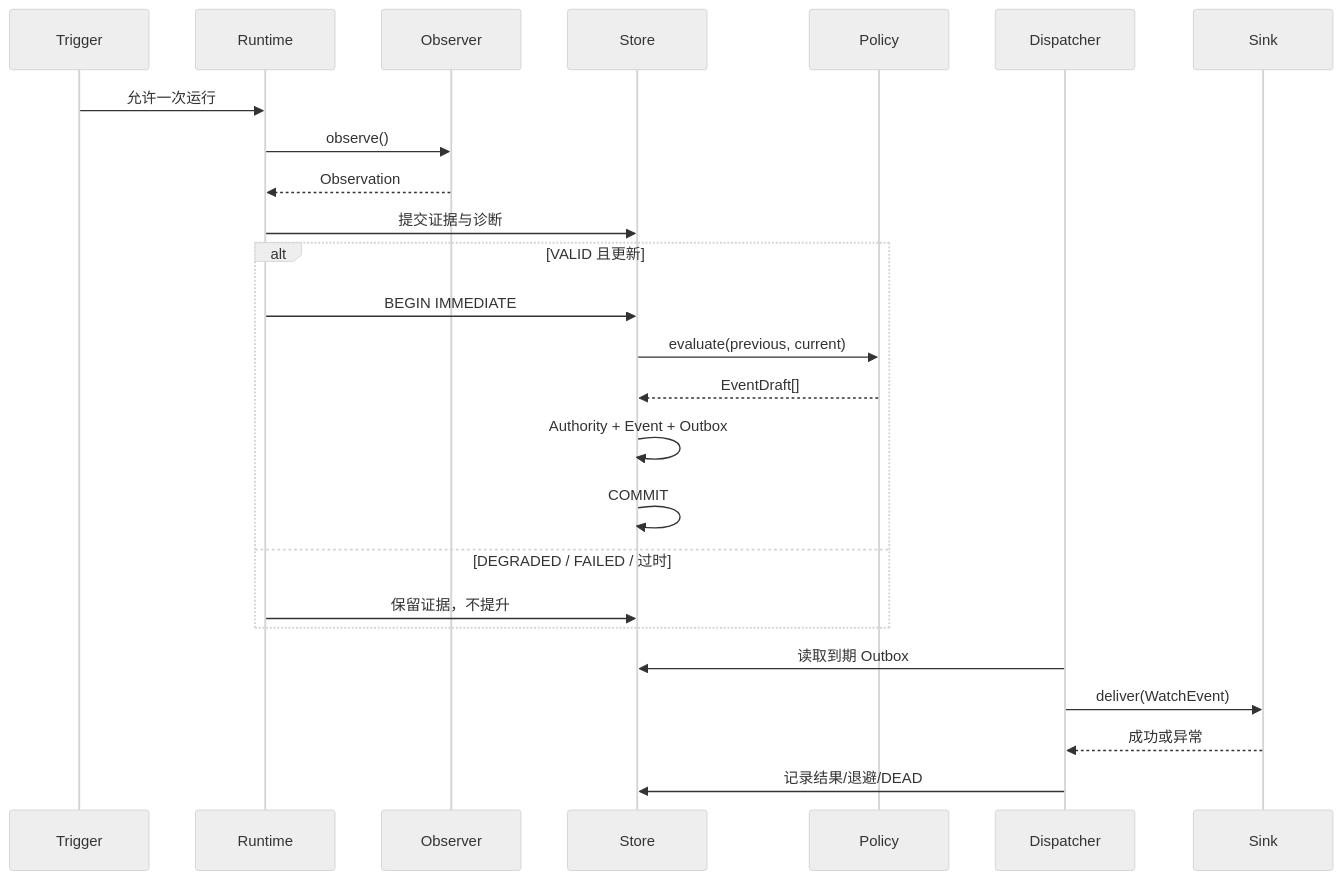
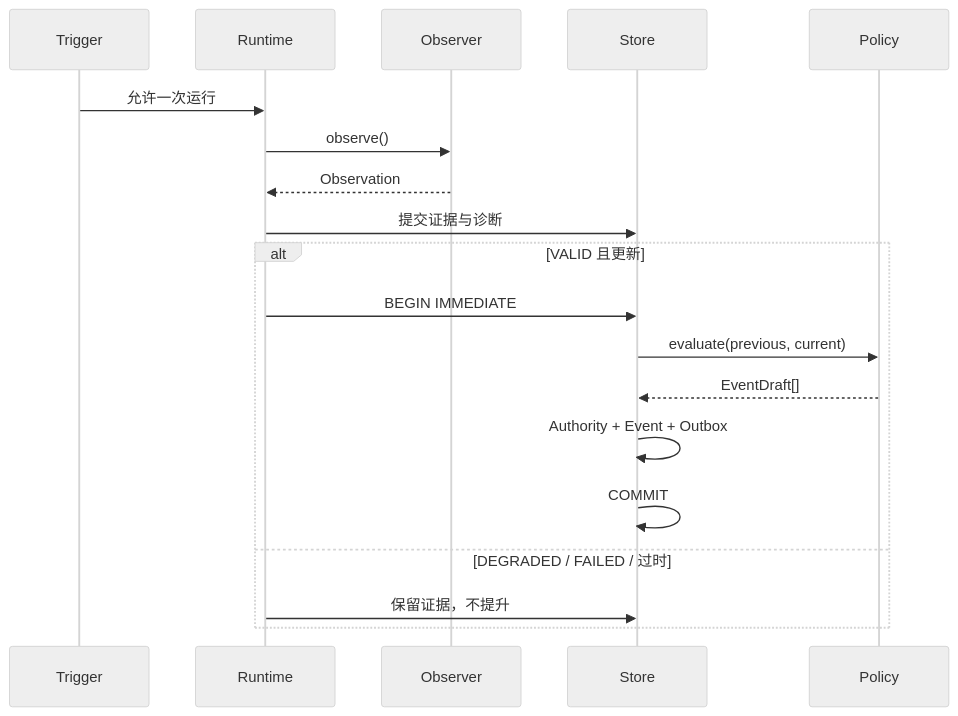
One commit to kongbu0621/watch-engine changed the second of 4 diagrams in docs/architecture.zh-CN.md. Above: the diagram before and after it, drawn with Mermaid (neutral theme). The commit also changed other lines of this file and 8 other files, not shown here.

````diff
--- a/docs/architecture.zh-CN.md
+++ b/docs/architecture.zh-CN.md
@@ -113,28 +121,22 @@
 ```mermaid
 sequenceDiagram
     participant Trigger
     participant Runtime
     participant Observer
     participant Store
     participant Policy
-    participant Dispatcher
-    participant Sink
 
     Trigger->>Runtime: 允许一次运行
     Runtime->>Observer: observe()
     Observer-->>Runtime: Observation
     Runtime->>Store: 提交证据与诊断
     alt VALID 且更新
         Runtime->>Store: BEGIN IMMEDIATE
         Store->>Policy: evaluate(previous, current)
         Policy-->>Store: EventDraft[]
         Store->>Store: Authority + Event + Outbox
         Store->>Store: COMMIT
     else DEGRADED / FAILED / 过时
         Runtime->>Store: 保留证据，不提升
     end
-    Dispatcher->>Store: 读取到期 Outbox
-    Dispatcher->>Sink: deliver(WatchEvent)
-    Sink-->>Dispatcher: 成功或异常
-    Dispatcher->>Store: 记录结果/退避/DEAD
 ```
````
